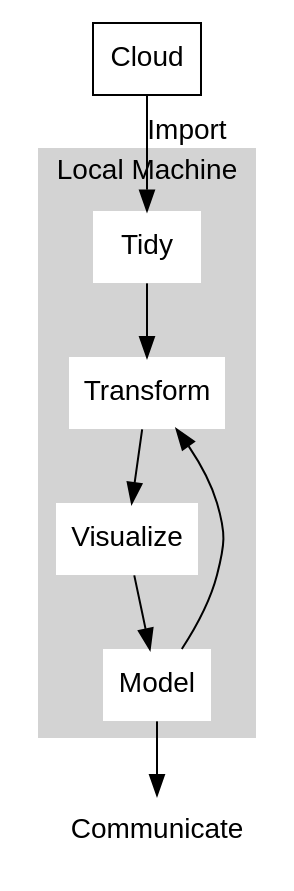
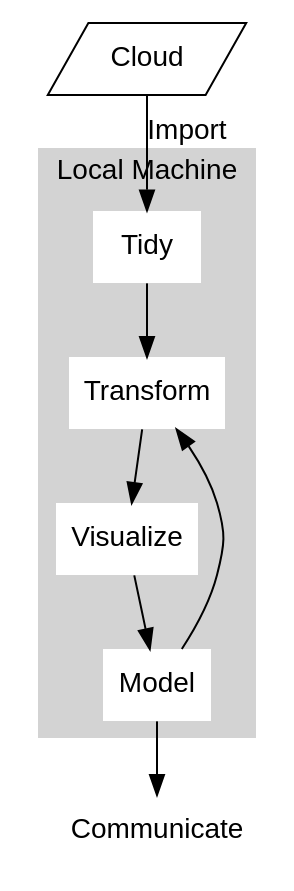
One commit to nsidc/data_strategies_for_future_us changed the second of 2 diagrams in data_strategies_slides.qmd. Above: the diagram before and after it, drawn with Graphviz. The commit also changed other lines of this file, not shown here.

Commit message:
add cloud-based code example

````diff
--- a/data_strategies_slides.qmd
+++ b/data_strategies_slides.qmd
@@ -88,21 +88,21 @@
 ```{dot}
 digraph G {
 	fontname="Helvetica,Arial,sans-serif"
 	node [fontname="Helvetica,Arial,sans-serif"]
 	edge [fontname="Helvetica,Arial,sans-serif"]
 
 	subgraph cluster_0 {
 		style=filled;
 		color=lightgrey;
 		node [shape=plaintext, style=filled,color=white];
 		Tidy -> Transform -> Visualize -> Model -> Transform;
 		label = "Local Machine";
 	}
 
         cloud -> Tidy [label="Import", labelfloat=true];
         Model -> communicate;
         
 	communicate [shape=plaintext, label="Communicate"];
-        cloud [shape=plaintest, label="Cloud"];
+        cloud [shape=parallelogram, label="Cloud"];
 }
 ```
````
